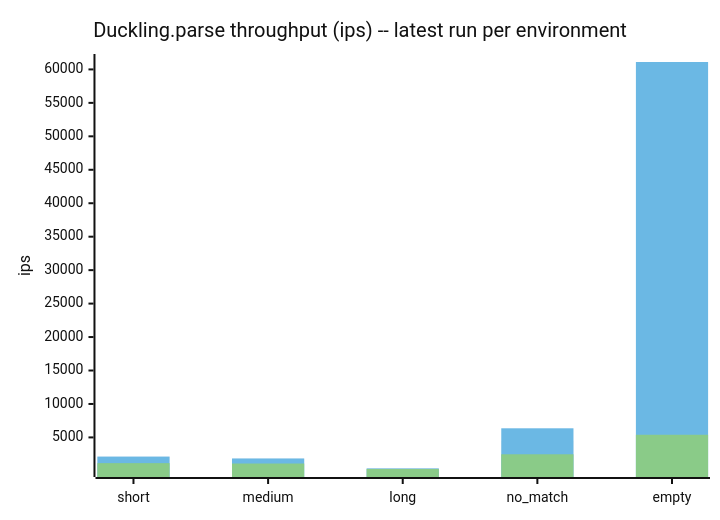
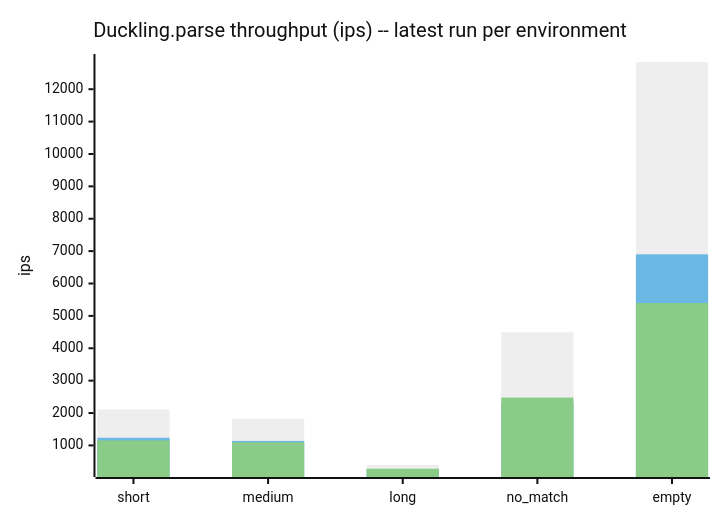
The fourth of 5 diagrams in docs/benchmarks/README.md (cpb/duckling), drawn with Mermaid (neutral theme) before and after one commit. The commit also changed other lines of this file and 1 other file, not shown here.

First line of the commit message:
Record claude-code-web benchmark for PR #50 (post-#64 dispatch schema) [benchmark-record]

````diff
--- a/docs/benchmarks/README.md
+++ b/docs/benchmarks/README.md
@@ -111,9 +133,9 @@
 ```mermaid
 xychart-beta
     title "Duckling.parse throughput (ips) -- latest run per environment"
     x-axis [short, medium, long, no_match, empty]
     y-axis "ips"
     bar "github-actions" [2109.2, 1822.2, 395.1, 4491.6, 12840.3]
-    bar "claude-code-web" [2135.1, 1852.3, 366.0, 6362.9, 61108.3]
+    bar "claude-code-web" [1237.3, 1138.4, 271.7, 2309.0, 6901.2]
     bar "local" [1154.4, 1095.9, 279.2, 2477.0, 5396.2]
 ```
````
